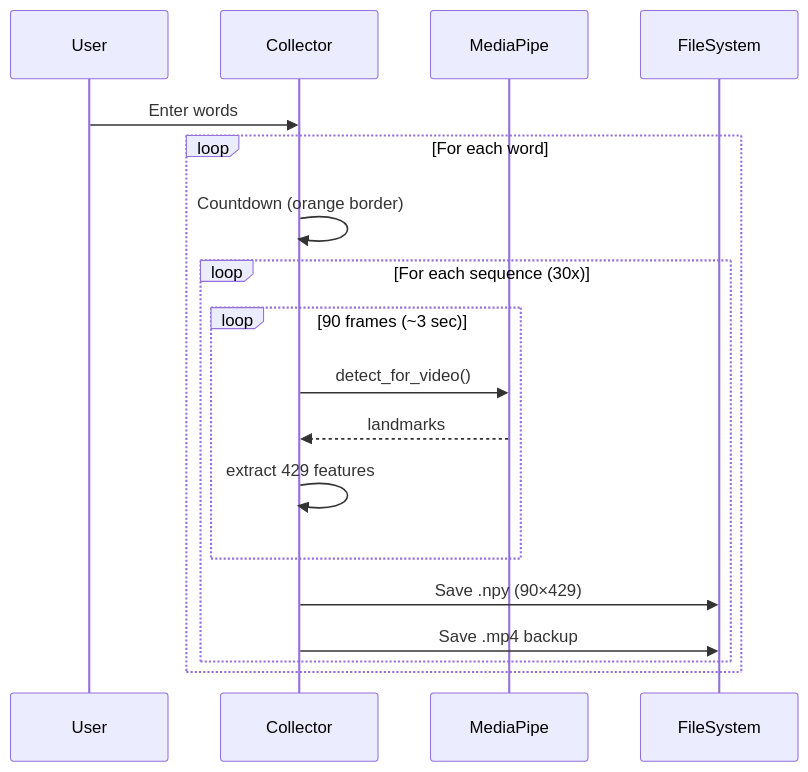
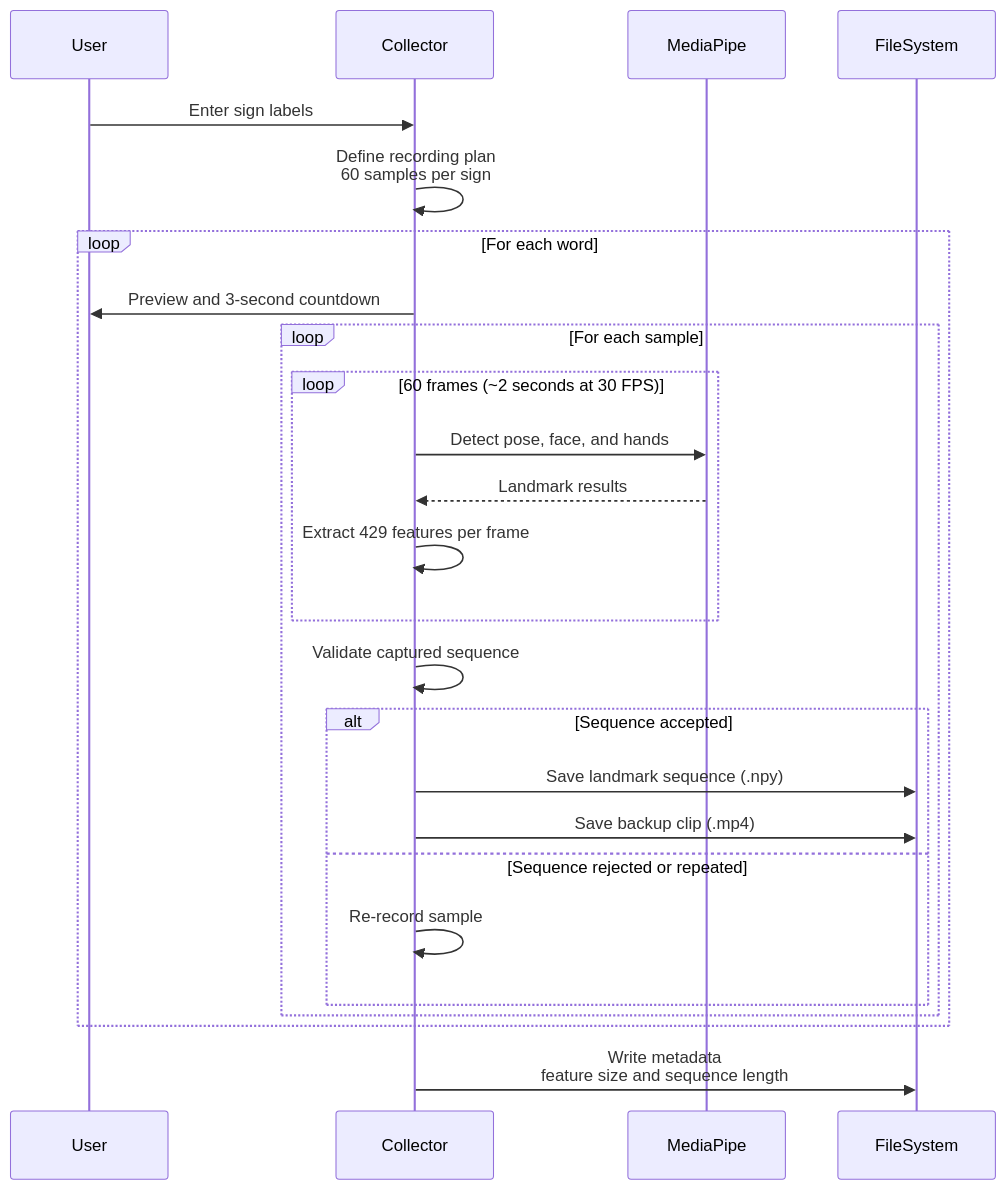
Before and after one commit to IuraHD/rsllearn: the fifth of 9 diagrams in RSLdataset/docs/DIAGRAMS.md, drawn with Mermaid. The commit also changed other lines of this file and 23 other files, not shown here.

````diff
--- a/RSLdataset/docs/DIAGRAMS.md
+++ b/RSLdataset/docs/DIAGRAMS.md
@@ -154,20 +197,32 @@
 ```mermaid
 sequenceDiagram
     participant User
     participant Collector
     participant MediaPipe
     participant FileSystem
-    User->>Collector: Enter words
+
+    User->>Collector: Enter sign labels
+    Collector->>Collector: Define recording plan<br/>60 samples per sign
+
     loop For each word
-        Collector->>Collector: Countdown (orange border)
-        loop For each sequence (30x)
-            loop 90 frames (~3 sec)
-                Collector->>MediaPipe: detect_for_video()
-                MediaPipe-->>Collector: landmarks
-                Collector->>Collector: extract 429 features
+        Collector->>User: Preview and 3-second countdown
+
+        loop For each sample
+            loop 60 frames (~2 seconds at 30 FPS)
+                Collector->>MediaPipe: Detect pose, face, and hands
+                MediaPipe-->>Collector: Landmark results
+                Collector->>Collector: Extract 429 features per frame
             end
-            Collector->>FileSystem: Save .npy (90×429)
-            Collector->>FileSystem: Save .mp4 backup
+
+            Collector->>Collector: Validate captured sequence
+            alt Sequence accepted
+                Collector->>FileSystem: Save landmark sequence (.npy)
+                Collector->>FileSystem: Save backup clip (.mp4)
+            else Sequence rejected or repeated
+                Collector->>Collector: Re-record sample
+            end
         end
     end
+
+    Collector->>FileSystem: Write metadata<br/>feature size and sequence length
 ```
````
